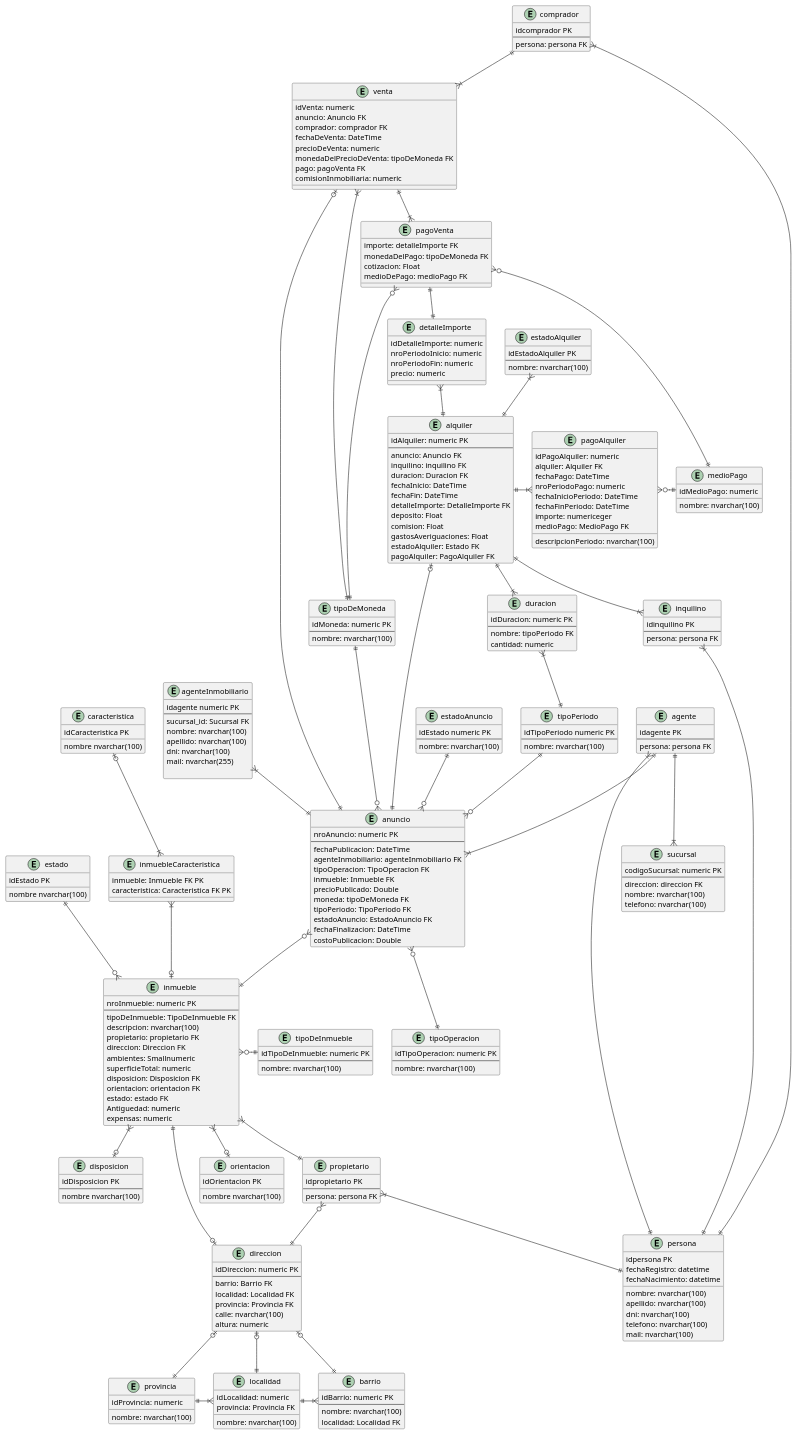
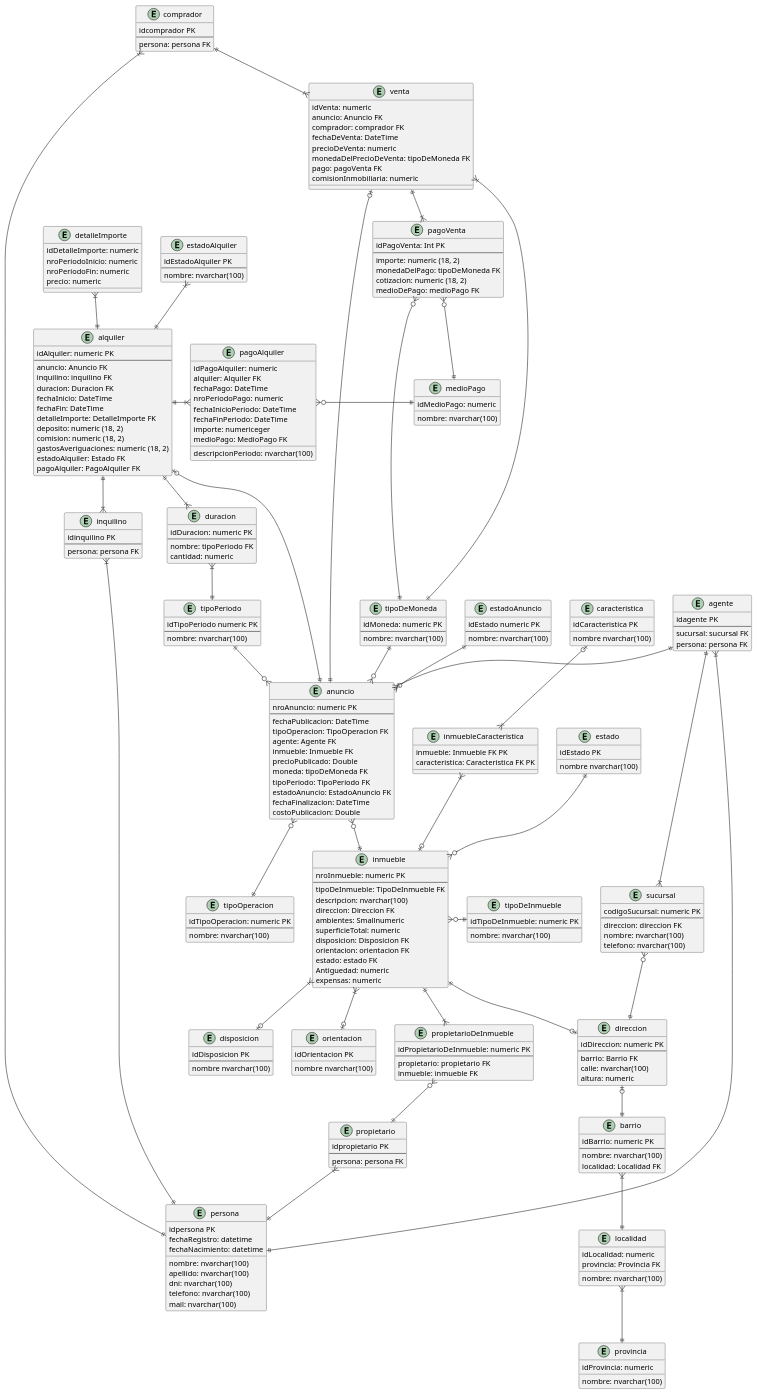
Before and after one commit to manutorrente/TP-GDD: the diagram in der.wsd, drawn with PlantUML. The commit also changed other lines of this file and 2 other files, not shown here.

```diff
--- a/der.wsd
+++ b/der.wsd
@@ -10,13 +10,12 @@
     fechaInicio: DateTime
     fechaFin: DateTime
     detalleImporte: DetalleImporte FK
-    deposito: Float
-    comision: Float
-    gastosAveriguaciones: Float
+    deposito: numeric (18, 2)
+    comision: numeric (18, 2)
+    gastosAveriguaciones: numeric (18, 2)
     estadoAlquiler: Estado FK
     pagoAlquiler: PagoAlquiler FK
 }
-
 
 entity duracion {
     idDuracion: numeric PK
@@ -44,8 +43,6 @@
     medioPago: MedioPago FK
 }
 
-
-
 entity medioPago {
     idMedioPago: numeric
     nombre: nvarchar(100)
@@ -63,9 +60,11 @@
 }
 
 entity pagoVenta {
-    importe: detalleImporte FK
+    idPagoVenta: Int PK
+    --
+    importe: numeric (18, 2)
     monedaDelPago: tipoDeMoneda FK
-    cotizacion: Float
+    cotizacion: numeric (18, 2)
     medioDePago: medioPago FK
 }
 
@@ -81,8 +80,8 @@
     nroAnuncio: numeric PK
     --
     fechaPublicacion: DateTime
-    agenteInmobiliario: agenteInmobiliario FK
     tipoOperacion: TipoOperacion FK
+    agente: Agente FK
     inmueble: Inmueble FK
     precioPublicado: Double 
     moneda: tipoDeMoneda FK
@@ -104,7 +103,6 @@
     --
     tipoDeInmueble: TipoDeInmueble FK  
     descripcion: nvarchar(100)
-    propietario: propietario FK
     direccion: Direccion FK
     ambientes: Smallnumeric
     superficieTotal: numeric
@@ -115,19 +113,23 @@
     expensas: numeric
 }
 
+entity propietarioDeInmueble {
+    idPropietarioDeInmueble: numeric PK
+    --
+    propietario: propietario FK
+    inmueble: inmueble FK
+}
+
 entity tipoDeInmueble {
     idTipoDeInmueble: numeric PK
     --
     nombre: nvarchar(100)
 }
 
-
 entity direccion {
     idDireccion: numeric PK
     --
     barrio: Barrio FK
-    localidad: Localidad FK 
-    provincia: Provincia FK 
     calle: nvarchar(100)
     altura: numeric
 }
@@ -150,28 +152,15 @@
     nombre: nvarchar(100)
 }
 
-provincia ||-|{ localidad
-localidad ||-|{ barrio
+direccion |o--|| barrio
+barrio }|--|| localidad
+localidad }|--|| provincia
 
-direccion |o--|| barrio
-direccion |o--|| localidad
-direccion |o--|| provincia
 
 entity tipoOperacion {
     idTipoOperacion: numeric PK
     --
     nombre: nvarchar(100)
-}
-
-entity agenteInmobiliario {
-    idagente numeric PK
-    --
-    sucursal_id: Sucursal FK    
-    nombre: nvarchar(100)
-    apellido: nvarchar(100)
-    dni: nvarchar(100)
-    mail: nvarchar(255)
-
 }
 
 
@@ -192,8 +181,6 @@
     --
     nombre: nvarchar(100) 
 }
-
-
 
 entity disposicion {
     idDisposicion PK
@@ -245,7 +232,6 @@
     persona: persona FK
 }
 
-
 entity propietario{
     idpropietario PK
     --
@@ -255,16 +241,11 @@
 entity agente {
     idagente PK
     --
+    sucursal: sucursal FK
     persona: persona FK
 }
 
-
-
-
-
-
 ' Anuncio
-agenteInmobiliario }|--||anuncio
 anuncio }o--||  tipoOperacion 
 anuncio }o--|| inmueble
 tipoDeMoneda ||--o{ anuncio 
@@ -272,7 +253,8 @@
 estadoAnuncio ||--o{ anuncio
 
 ' Inmbueble
-inmueble }|--|| propietario
+inmueble ||--|{ propietarioDeInmueble
+propietarioDeInmueble }o--|| propietario
 inmueble ||--o| direccion
 inmueble }|--o| disposicion
 inmueble }|--o| orientacion
@@ -281,7 +263,7 @@
 inmuebleCaracteristica }|--o| inmueble
 caracteristica |o--|{ inmuebleCaracteristica
 
-propietario }o--|| direccion
+
 
 ' Alquiler
 detalleImporte }|--||alquiler 
@@ -301,7 +283,6 @@
 venta |o--|| anuncio
 venta }|--|| tipoDeMoneda
 venta ||--|{ pagoVenta
-pagoVenta ||--||detalleImporte
 pagoVenta }o-|| medioPago
 
 pagoVenta }o----|| tipoDeMoneda
@@ -317,6 +298,7 @@
 inquilino }|--|| persona
 comprador }|--|| persona
 
- agente ||--|{ sucursal
+agente ||--|{ sucursal
+sucursal }o--|| direccion
 
 @enduml
```
